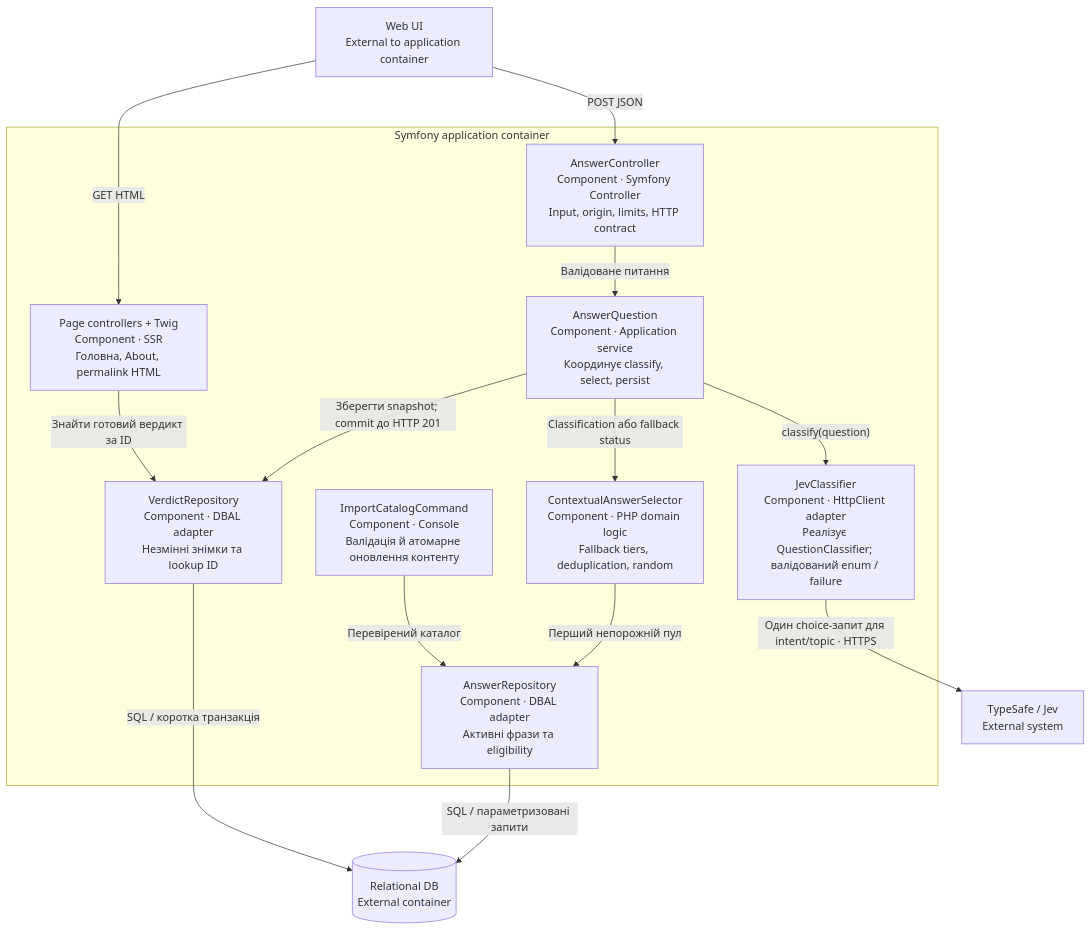
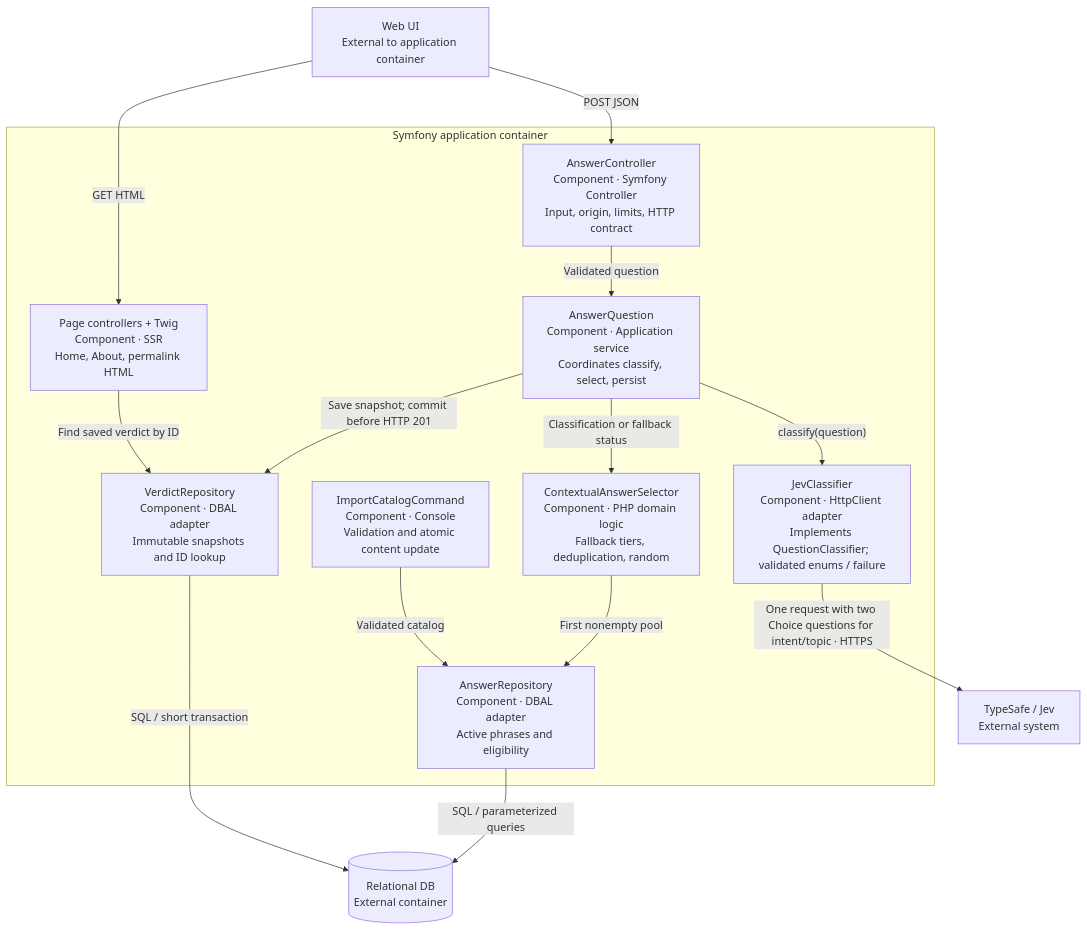
Before and after one commit to guri4ek/we-know: the third of 5 diagrams in docs/architecture/c4.md, drawn with Mermaid. The commit also changed other lines of this file and 17 other files, not shown here.

````diff
--- a/docs/architecture/c4.md
+++ b/docs/architecture/c4.md
@@ -49,28 +49,28 @@
 ```mermaid
 flowchart TB
     browser["Web UI<br/>External to application container"]
     jev["TypeSafe / Jev<br/>External system"]
     db[("Relational DB<br/>External container")]
     subgraph app["Symfony application container"]
         http["AnswerController<br/>Component · Symfony Controller<br/>Input, origin, limits, HTTP contract"]
-        pages["Page controllers + Twig<br/>Component · SSR<br/>Головна, About, permalink HTML"]
-        usecase["AnswerQuestion<br/>Component · Application service<br/>Координує classify, select, persist"]
-        classifier["JevClassifier<br/>Component · HttpClient adapter<br/>Реалізує QuestionClassifier; валідований enum / failure"]
+        pages["Page controllers + Twig<br/>Component · SSR<br/>Home, About, permalink HTML"]
+        usecase["AnswerQuestion<br/>Component · Application service<br/>Coordinates classify, select, persist"]
+        classifier["JevClassifier<br/>Component · HttpClient adapter<br/>Implements QuestionClassifier; validated enums / failure"]
         selector["ContextualAnswerSelector<br/>Component · PHP domain logic<br/>Fallback tiers, deduplication, random"]
-        catalog["AnswerRepository<br/>Component · DBAL adapter<br/>Активні фрази та eligibility"]
-        verdicts["VerdictRepository<br/>Component · DBAL adapter<br/>Незмінні знімки та lookup ID"]
-        importer["ImportCatalogCommand<br/>Component · Console<br/>Валідація й атомарне оновлення контенту"]
+        catalog["AnswerRepository<br/>Component · DBAL adapter<br/>Active phrases and eligibility"]
+        verdicts["VerdictRepository<br/>Component · DBAL adapter<br/>Immutable snapshots and ID lookup"]
+        importer["ImportCatalogCommand<br/>Component · Console<br/>Validation and atomic content update"]
     end
     browser -->|"POST JSON"| http
     browser -->|"GET HTML"| pages
-    http -->|"Валідоване питання"| usecase
+    http -->|"Validated question"| usecase
     usecase -->|"classify(question)"| classifier
-    classifier -->|"Один choice-запит для intent/topic · HTTPS"| jev
-    usecase -->|"Classification або fallback status"| selector
-    selector -->|"Перший непорожній пул"| catalog
-    usecase -->|"Зберегти snapshot; commit до HTTP 201"| verdicts
-    pages -->|"Знайти готовий вердикт за ID"| verdicts
-    importer -->|"Перевірений каталог"| catalog
-    catalog -->|"SQL / параметризовані запити"| db
-    verdicts -->|"SQL / коротка транзакція"| db
+    classifier -->|"One request with two Choice questions for intent/topic · HTTPS"| jev
+    usecase -->|"Classification or fallback status"| selector
+    selector -->|"First nonempty pool"| catalog
+    usecase -->|"Save snapshot; commit before HTTP 201"| verdicts
+    pages -->|"Find saved verdict by ID"| verdicts
+    importer -->|"Validated catalog"| catalog
+    catalog -->|"SQL / parameterized queries"| db
+    verdicts -->|"SQL / short transaction"| db
 ```
````
